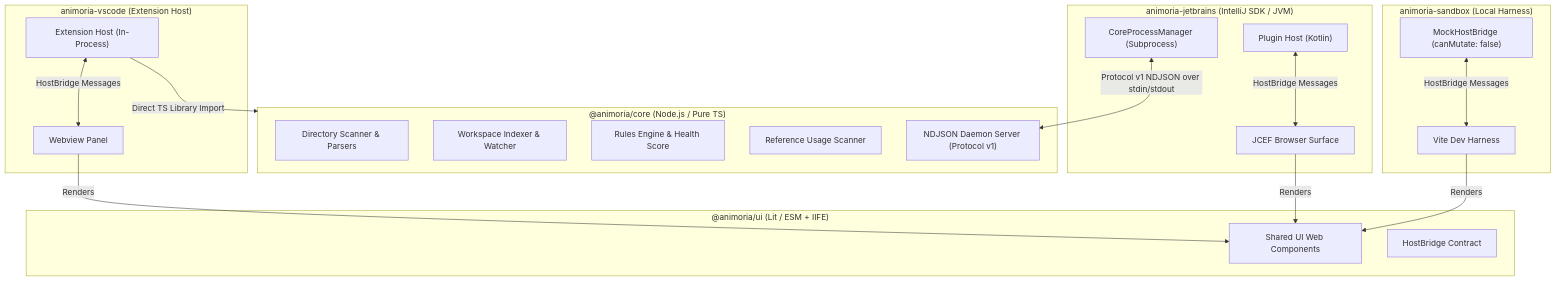
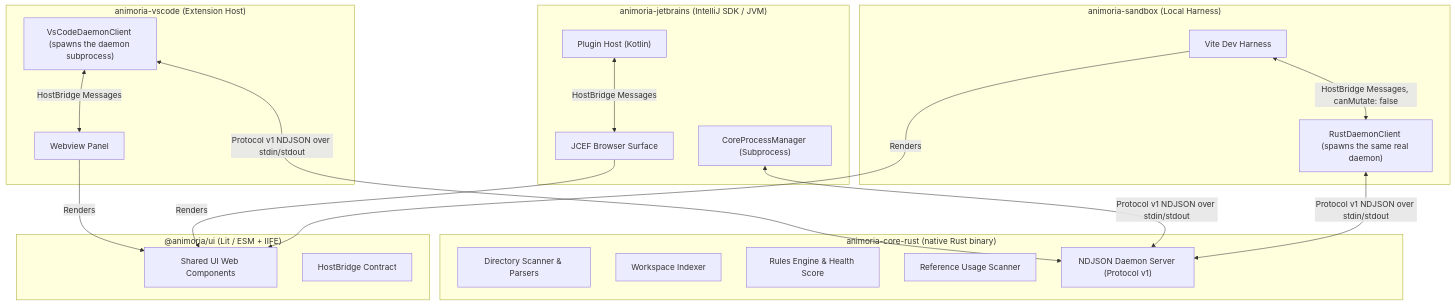
One commit to sxnnyside-project/animoria changed the diagram in docs/guides/README.md. Above: the diagram before and after it, drawn with Mermaid. The commit also changed other lines of this file and 466 other files, not shown here.

Commit message:
refactor: complete migration of core engine from TypeScript to Rust

````diff
--- a/docs/guides/README.md
+++ b/docs/guides/README.md
@@ -22,42 +22,43 @@
 ```mermaid
 graph TD
-    subgraph CoreEngine["@animoria/core (Node.js / Pure TS)"]
+    subgraph CoreEngine["animoria-core-rust (native Rust binary)"]
         Scanner["Directory Scanner & Parsers"]
-        Indexer["Workspace Indexer & Watcher"]
+        Indexer["Workspace Indexer"]
         Governance["Rules Engine & Health Score"]
         Usage["Reference Usage Scanner"]
         DaemonServer["NDJSON Daemon Server (Protocol v1)"]
     end
 
     subgraph SharedUI["@animoria/ui (Lit / ESM + IIFE)"]
         Components["Shared UI Web Components"]
         HostBridge["HostBridge Contract"]
     end
 
     subgraph VSCodeClient["animoria-vscode (Extension Host)"]
-        VSCodeHost["Extension Host (In-Process)"]
+        VSCodeHost["VsCodeDaemonClient (spawns the daemon subprocess)"]
         VSCodeWebview["Webview Panel"]
     end
 
     subgraph JetBrainsClient["animoria-jetbrains (IntelliJ SDK / JVM)"]
         JBHost["Plugin Host (Kotlin)"]
         JCDaemon["CoreProcessManager (Subprocess)"]
         JCEFWebview["JCEF Browser Surface"]
     end
 
     subgraph SandboxApp["animoria-sandbox (Local Harness)"]
         ViteApp["Vite Dev Harness"]
-        MockBridge["MockHostBridge (canMutate: false)"]
+        SandboxDaemon["RustDaemonClient (spawns the same real daemon)"]
     end
 
-    VSCodeHost -->|Direct TS Library Import| CoreEngine
+    VSCodeHost <-->|Protocol v1 NDJSON over stdin/stdout| DaemonServer
     VSCodeWebview -->|Renders| Components
     VSCodeHost <-->|HostBridge Messages| VSCodeWebview
 
     JCDaemon <-->|Protocol v1 NDJSON over stdin/stdout| DaemonServer
     JCEFWebview -->|Renders| Components
     JBHost <-->|HostBridge Messages| JCEFWebview
 
+    SandboxDaemon <-->|Protocol v1 NDJSON over stdin/stdout| DaemonServer
     ViteApp -->|Renders| Components
-    MockBridge <-->|HostBridge Messages| ViteApp
+    ViteApp <-->|HostBridge Messages, canMutate: false| SandboxDaemon
 ```
````
